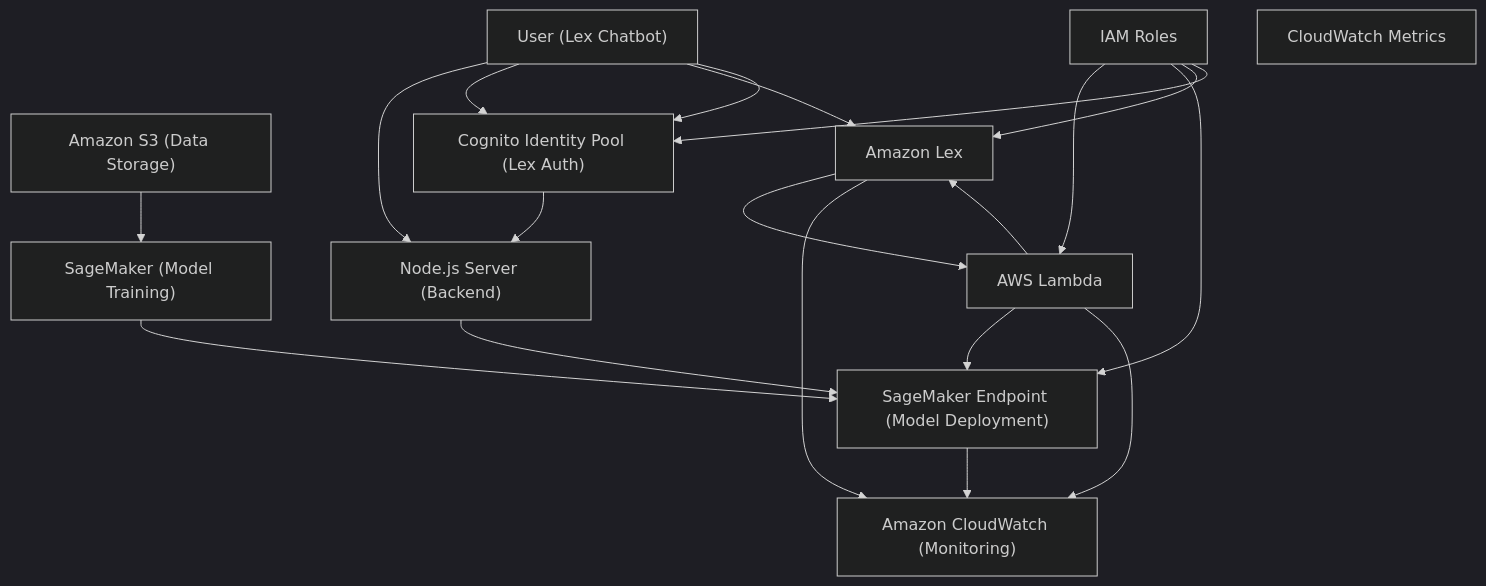
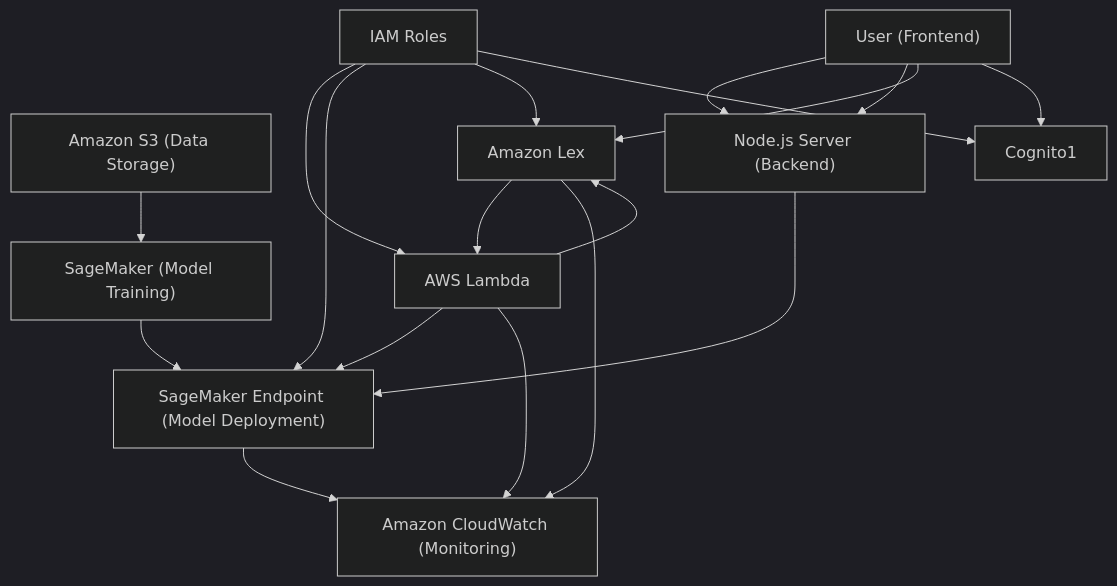
The diagram in README.md (mamokebe/AWS-Networking-Setup), drawn with Mermaid (dark theme) before and after one commit.

Commit message:
new commit

````diff
--- a/README.md
+++ b/README.md
@@ -61,47 +61,45 @@
 ```mermaid
 graph TD
   %% Data Flow
   S3["Amazon S3 (Data Storage)"]
   SMTrain["SageMaker (Model Training)"]
   SMEndpoint["SageMaker Endpoint (Model Deployment)"]
   NodeJS["Node.js Server (Backend)"]
 
 
   %% Lex Flow
-  User1["User (Lex Chatbot)"]
+  User1["User (Frontend)"]
   Lex["Amazon Lex"]
   Lambda["AWS Lambda"]
-  Cognito1["Cognito Identity Pool (Lex Auth)"]
 
   %% Monitoring & IAM
   CloudWatch["Amazon CloudWatch (Monitoring)"]
   IAM["IAM Roles"]
-  Metrics["CloudWatch Metrics"]
 
   %% Data Training Flow
   User1 --> NodeJS
   S3 --> SMTrain
   SMTrain --> SMEndpoint
 
   %% Node.js Inference Flow
-  User1 --> Cognito1 --> NodeJS
+  User1 --> NodeJS
   NodeJS --> SMEndpoint
 
   %% Lex Inference Flow
   User1 --> Lex
   Lex --> Lambda
   Lambda --> SMEndpoint
   Lambda --> Lex
   User1 --> Cognito1
 
   %% Monitoring
   Lambda --> CloudWatch
   SMEndpoint --> CloudWatch
   Lex --> CloudWatch
 
   %% IAM
   IAM --> Lambda
   IAM --> SMEndpoint
   IAM --> Lex
   IAM --> Cognito1
 ```
````
